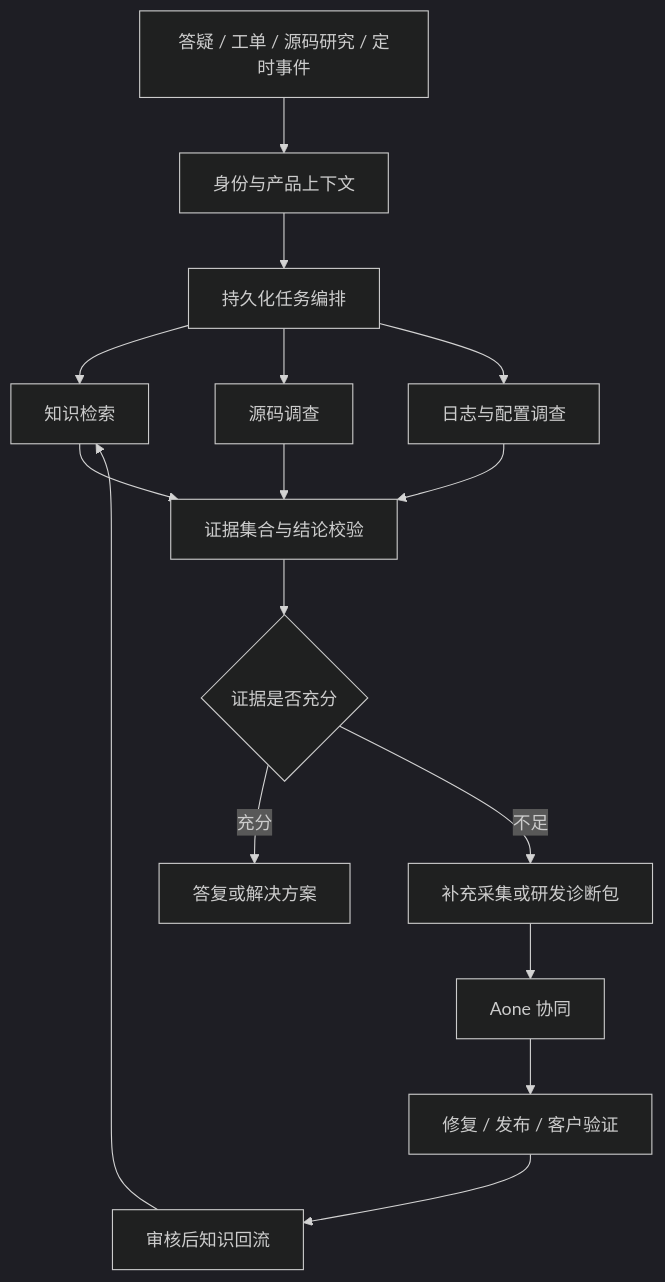
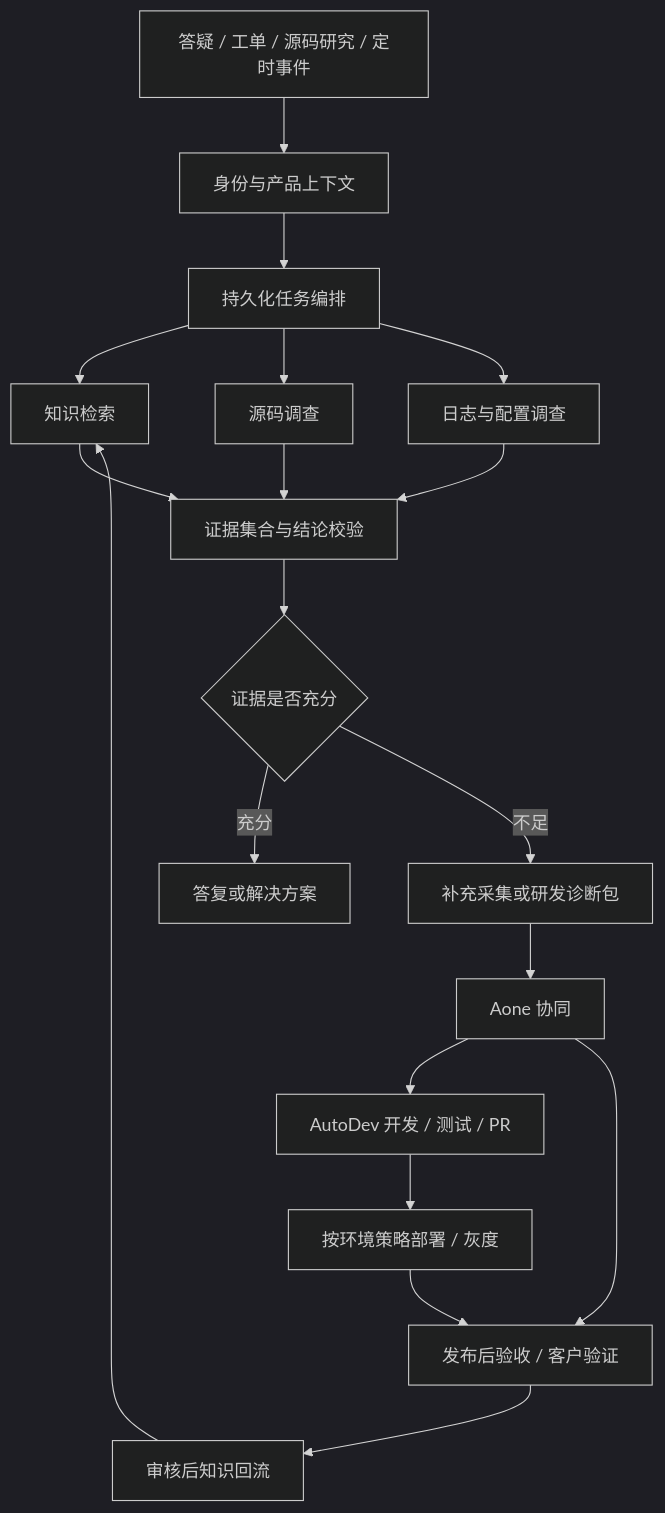
One commit to tainger/Markdown-Resume changed the diagram in AI项目/AgentMate/wiki/synthesis/AgentMate总体设计.md. Above: the diagram before and after it, drawn with Mermaid (dark theme). The commit also changed other lines of this file and 7 other files, not shown here.

First line of the commit message:
docs: 新增 AutoDev 自动研发部署相关设计文档并更新架构

````diff
--- a/AI项目/AgentMate/wiki/synthesis/AgentMate总体设计.md
+++ b/AI项目/AgentMate/wiki/synthesis/AgentMate总体设计.md
@@ -31,18 +32,21 @@
 ```mermaid
 flowchart TD
     U[答疑 / 工单 / 源码研究 / 定时事件] --> C[身份与产品上下文]
     C --> W[持久化任务编排]
     W --> K[知识检索]
     W --> S[源码调查]
     W --> O[日志与配置调查]
     K --> E[证据集合与结论校验]
     S --> E
     O --> E
     E --> D{证据是否充分}
     D -->|充分| A[答复或解决方案]
     D -->|不足| H[补充采集或研发诊断包]
     H --> P[Aone 协同]
-    P --> V[修复 / 发布 / 客户验证]
+    P --> AD[AutoDev 开发 / 测试 / PR]
+    AD --> DEP[按环境策略部署 / 灰度]
+    DEP --> V[发布后验收 / 客户验证]
+    P --> V
     V --> R[审核后知识回流]
     R --> K
 ```
````
